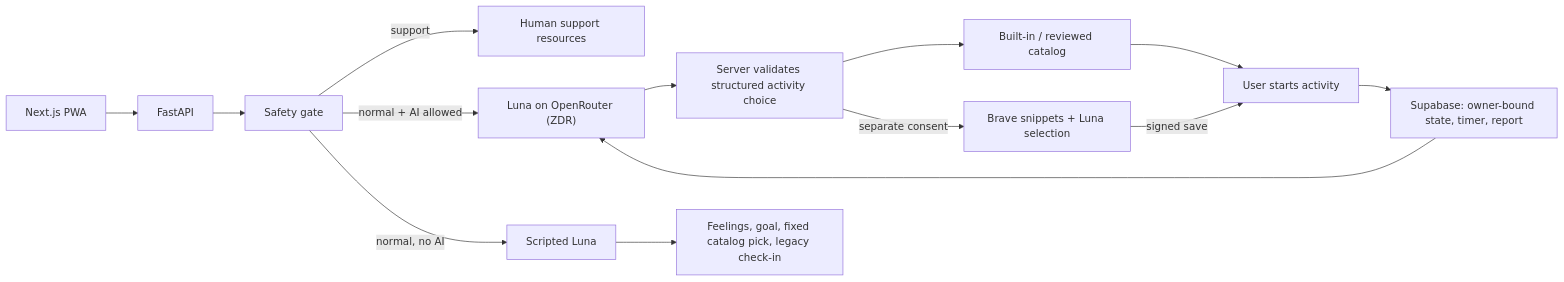
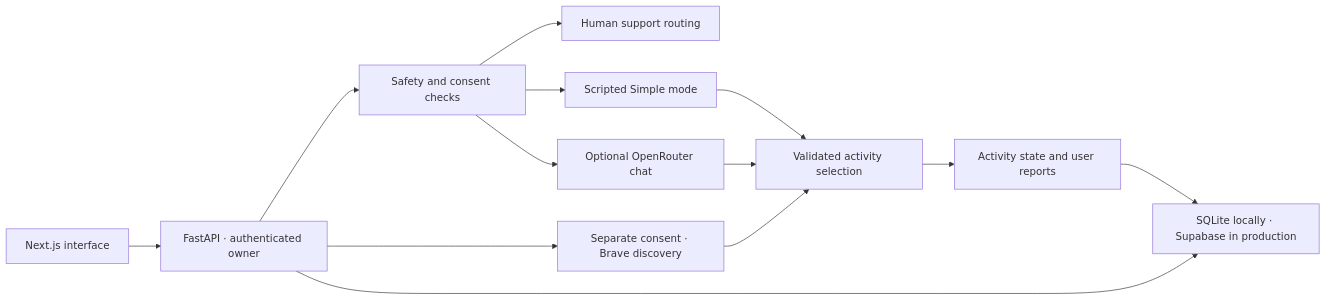
Before and after one commit to yusenrong46-afk/JournalPulse: the diagram in README.md, drawn with Mermaid. The commit also changed other lines of this file and 52 other files, not shown here.

````diff
--- a/README.md
+++ b/README.md
@@ -51,16 +40,15 @@
 ```mermaid
 flowchart LR
-  PWA["Next.js PWA"] --> API["FastAPI"]
-  API --> SAFE["Safety gate"]
-  SAFE -->|support| HUMAN["Human support resources"]
-  SAFE -->|normal + AI allowed| LLM["Luna on OpenRouter (ZDR)"]
-  SAFE -->|normal, no AI| GUIDED["Scripted Luna"]
-  LLM --> VALIDATE["Server validates structured activity choice"]
-  VALIDATE --> CATALOG["Built-in / reviewed catalog"]
-  VALIDATE -->|separate consent| SEARCH["Brave snippets + Luna selection"]
-  CATALOG --> START["User starts activity"]
-  SEARCH -->|signed save| START
-  START --> DB["Supabase: owner-bound state, timer, report"]
-  DB --> LLM
-  GUIDED --> LEGACY["Feelings, goal, fixed catalog pick, legacy check-in"]
+  WEB["Next.js interface"] --> API["FastAPI · authenticated owner"]
+  API --> GATE["Safety and consent checks"]
+  GATE --> SUPPORT["Human support routing"]
+  GATE --> SIMPLE["Scripted Simple mode"]
+  GATE --> AI["Optional OpenRouter chat"]
+  API --> SEARCH["Separate consent · Brave discovery"]
+  SIMPLE --> CHECK["Validated activity selection"]
+  AI --> CHECK
+  SEARCH --> CHECK
+  CHECK --> STATE["Activity state and user reports"]
+  API --> DB["SQLite locally · Supabase in production"]
+  STATE --> DB
 ```
````
